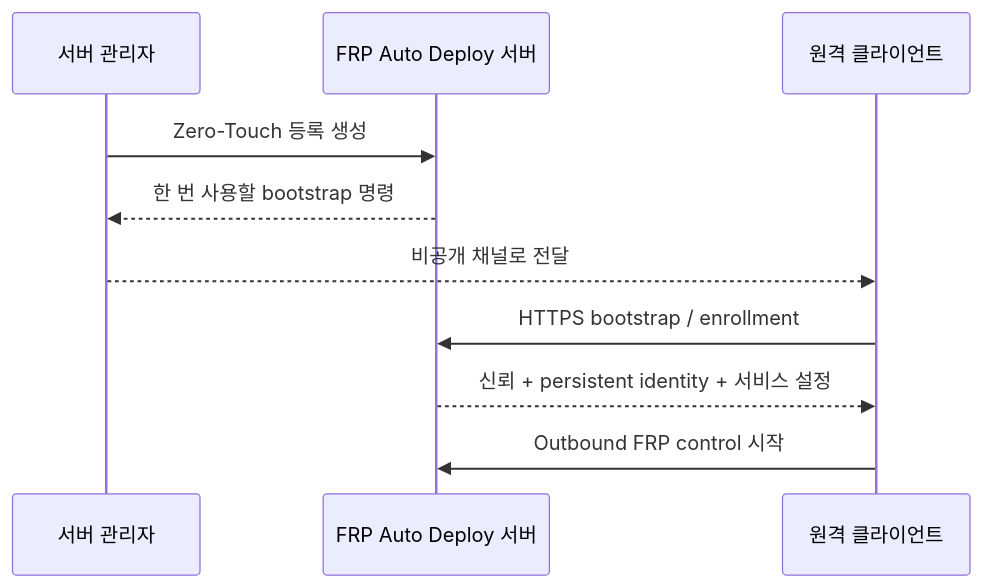
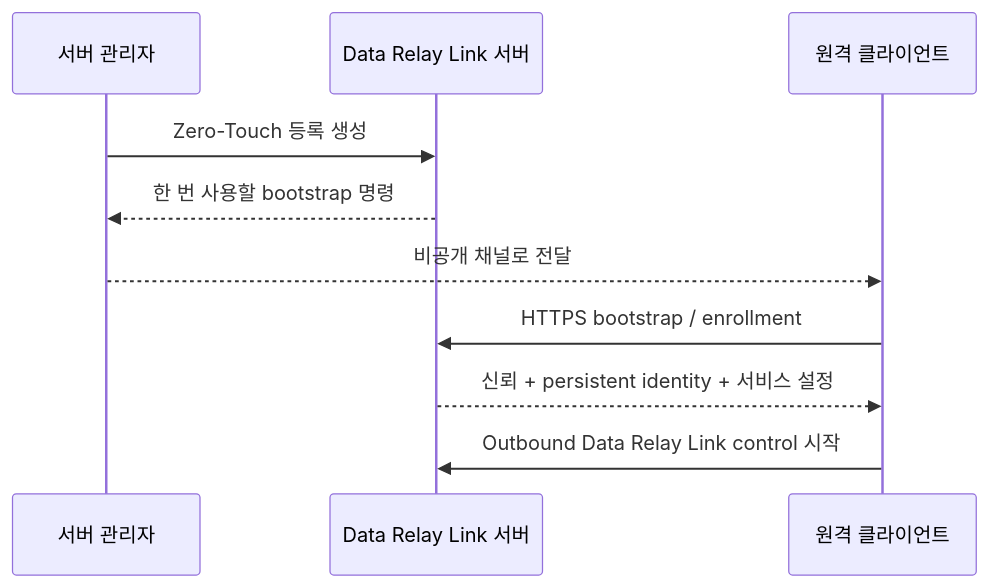
Before and after one commit to datarelay-labs/data-relay-link-docs: the fourth of 4 diagrams in ko/getting-started/concepts.mdx, drawn with Mermaid. The commit also changed other lines of this file and 32 other files, not shown here.

````diff
--- a/ko/getting-started/concepts.mdx
+++ b/ko/getting-started/concepts.mdx
@@ -91,13 +91,13 @@
 ```mermaid
 sequenceDiagram
     participant A as 서버 관리자
-    participant S as FRP Auto Deploy 서버
+    participant S as Data Relay Link 서버
     participant C as 원격 클라이언트
 
     A->>S: Zero-Touch 등록 생성
     S-->>A: 한 번 사용할 bootstrap 명령
     A-->>C: 비공개 채널로 전달
     C->>S: HTTPS bootstrap / enrollment
     S-->>C: 신뢰 + persistent identity + 서비스 설정
-    C->>S: Outbound FRP control 시작
+    C->>S: Outbound Data Relay Link control 시작
 ```
````
